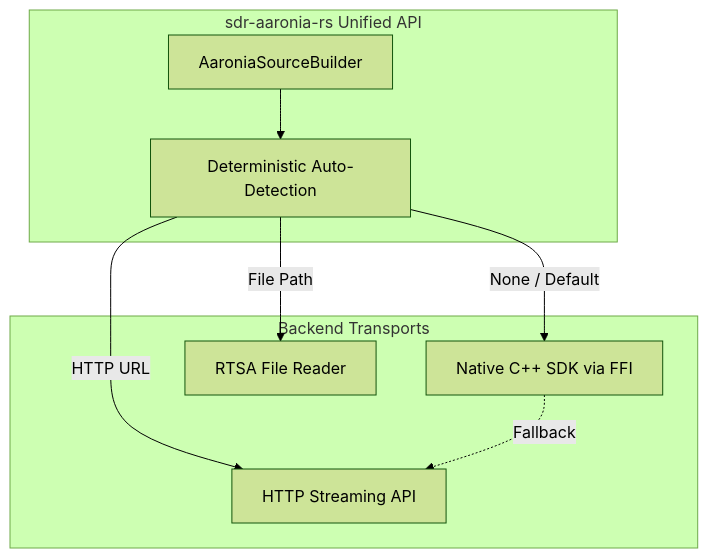
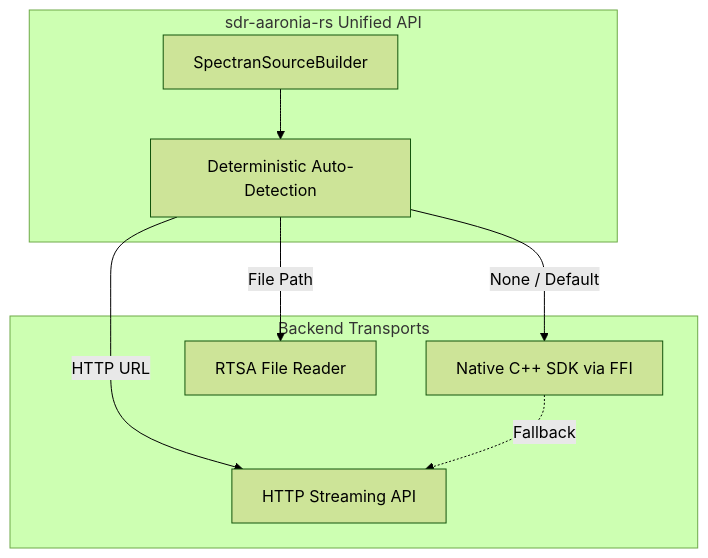
One commit to isaacbentley/sdr-aaronia-rs changed the diagram in DESIGN.md. Above: the diagram before and after it, drawn with Mermaid (forest theme). The commit also changed other lines of this file and 23 other files, not shown here.

````diff
--- a/DESIGN.md
+++ b/DESIGN.md
@@ -13,19 +13,19 @@
 ```mermaid
 graph TB
     subgraph "sdr-aaronia-rs Unified API"
-        API[AaroniaSourceBuilder]
+        API[SpectranSourceBuilder]
         Detection[Deterministic Auto-Detection]
     end
 
     subgraph "Backend Transports"
         SDK[Native C++ SDK via FFI]
         HTTP[HTTP Streaming API]
         Files[RTSA File Reader]
     end
 
     API --> Detection
     Detection -->|"File Path"| Files
     Detection -->|"HTTP URL"| HTTP
     Detection -->|"None / Default"| SDK
     SDK -.->|"Fallback"| HTTP
 ```
````
